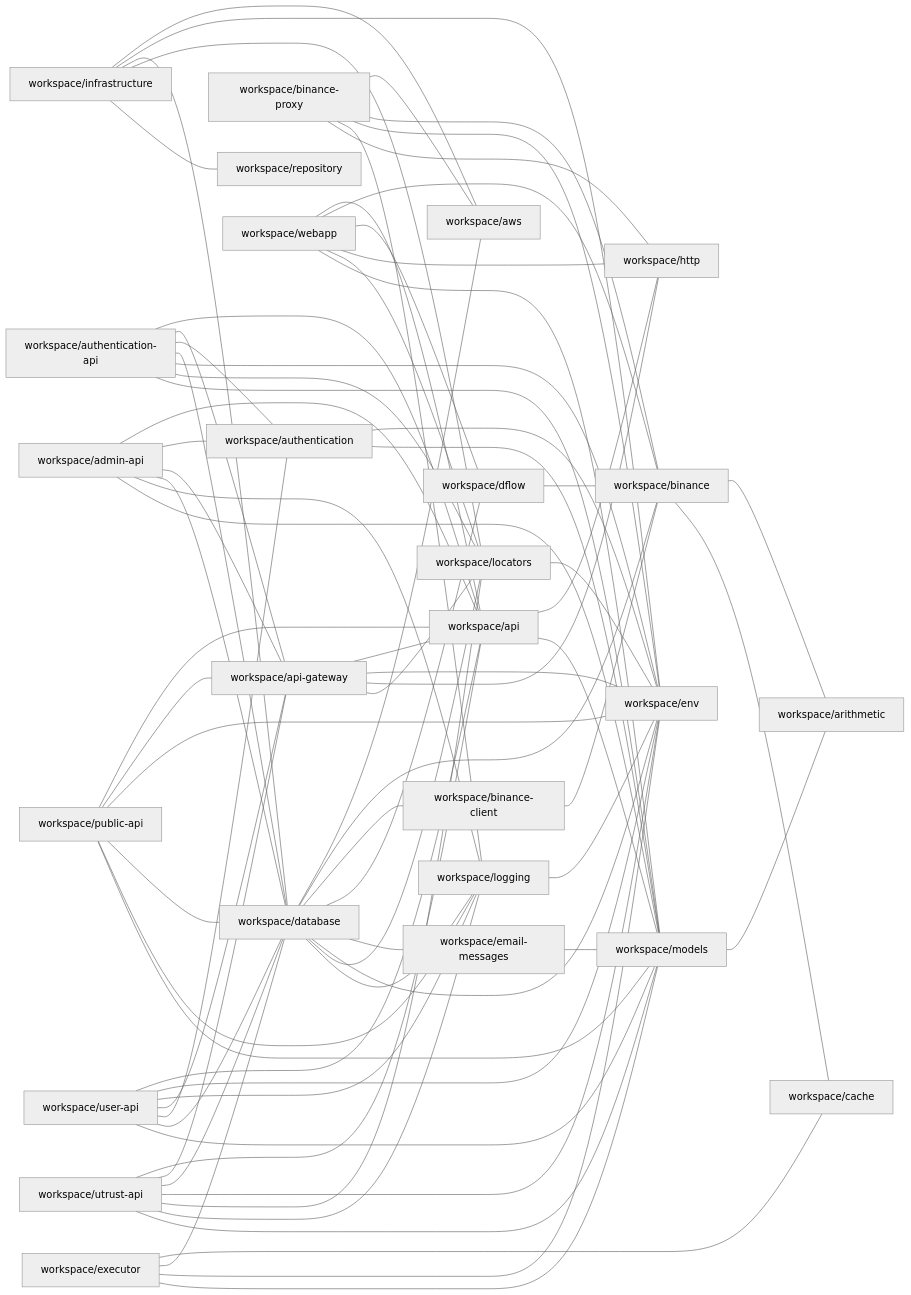
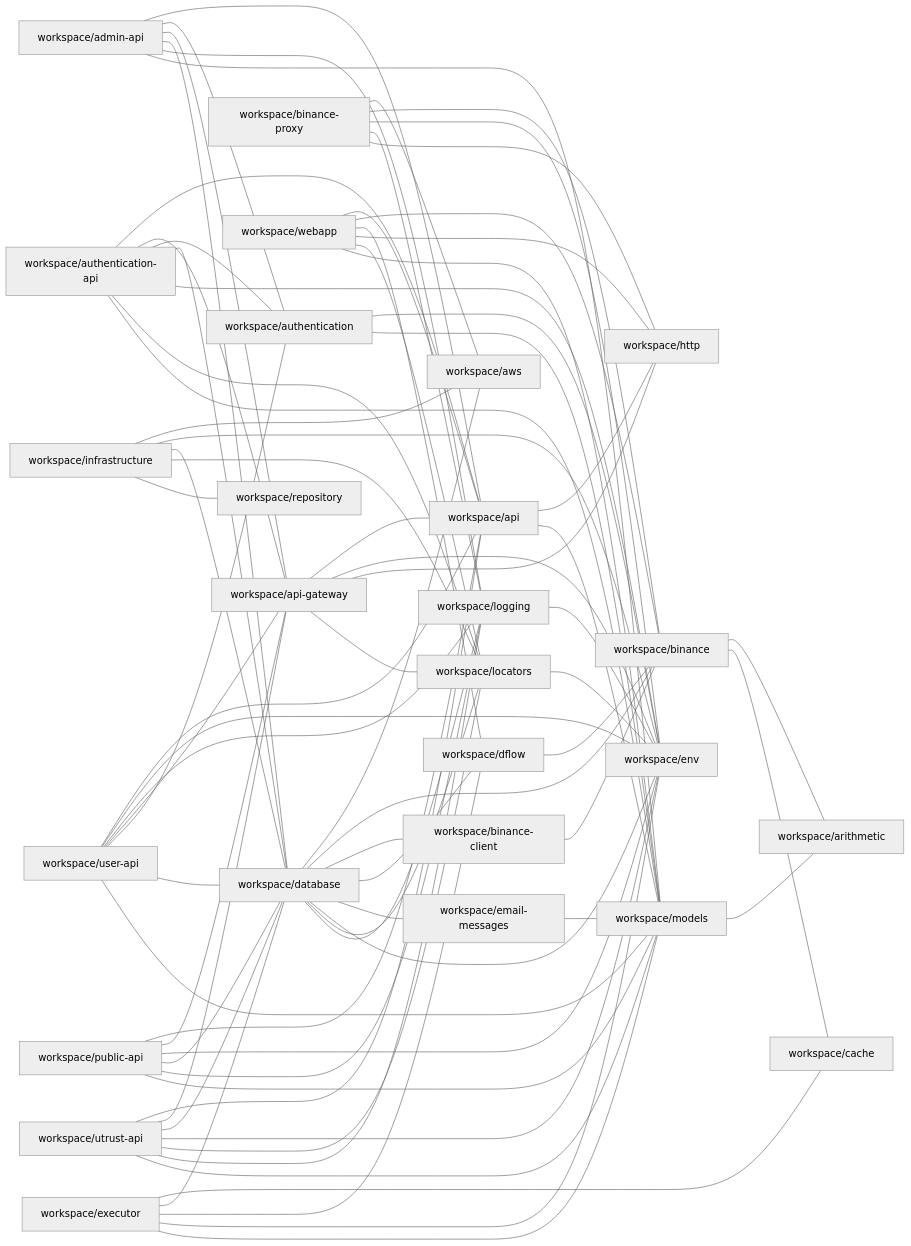
The diagram in docs/npm-dependencies.md (ggbot-org/ggbot), drawn with Mermaid (neutral theme) before and after one commit. The commit also changed 8 other files, not shown here.

````diff
--- a/docs/npm-dependencies.md
+++ b/docs/npm-dependencies.md
@@ -5,80 +5,81 @@
 ```mermaid
 graph LR
     workspace/admin-api --- workspace/api
     workspace/admin-api --- workspace/authentication
     workspace/admin-api --- workspace/api-gateway
     workspace/admin-api --- workspace/database
     workspace/admin-api --- workspace/logging
     workspace/admin-api --- workspace/models
     workspace/api --- workspace/http
     workspace/api --- workspace/models
     workspace/api-gateway --- workspace/api
     workspace/api-gateway --- workspace/env
     workspace/api-gateway --- workspace/http
     workspace/api-gateway --- workspace/locators
     workspace/authentication --- workspace/env
     workspace/authentication --- workspace/models
     workspace/authentication-api --- workspace/api
     workspace/authentication-api --- workspace/api-gateway
     workspace/authentication-api --- workspace/authentication
     workspace/authentication-api --- workspace/database
     workspace/authentication-api --- workspace/env
     workspace/authentication-api --- workspace/locators
     workspace/authentication-api --- workspace/models
     workspace/binance --- workspace/arithmetic
     workspace/binance --- workspace/cache
     workspace/binance-client --- workspace/binance
     workspace/binance-proxy --- workspace/aws
     workspace/binance-proxy --- workspace/binance
     workspace/binance-proxy --- workspace/env
     workspace/binance-proxy --- workspace/logging
     workspace/binance-proxy --- workspace/http
     workspace/database --- workspace/aws
     workspace/database --- workspace/binance
     workspace/database --- workspace/binance-client
     workspace/database --- workspace/dflow
     workspace/database --- workspace/email-messages
     workspace/database --- workspace/env
     workspace/database --- workspace/locators
     workspace/database --- workspace/logging
     workspace/dflow --- workspace/binance
     workspace/email-messages --- workspace/models
     workspace/executor --- workspace/cache
     workspace/executor --- workspace/database
+    workspace/executor --- workspace/dflow
     workspace/executor --- workspace/env
     workspace/executor --- workspace/models
     workspace/infrastructure --- workspace/aws
     workspace/infrastructure --- workspace/env
     workspace/infrastructure --- workspace/database
     workspace/infrastructure --- workspace/locators
     workspace/infrastructure --- workspace/repository
     workspace/locators --- workspace/env
     workspace/logging --- workspace/env
     workspace/models --- workspace/arithmetic
     workspace/public-api --- workspace/api
     workspace/public-api --- workspace/api-gateway
     workspace/public-api --- workspace/env
     workspace/public-api --- workspace/database
     workspace/public-api --- workspace/logging
     workspace/public-api --- workspace/models
     workspace/user-api --- workspace/api
     workspace/user-api --- workspace/env
     workspace/user-api --- workspace/logging
     workspace/user-api --- workspace/api-gateway
     workspace/user-api --- workspace/authentication
     workspace/user-api --- workspace/database
     workspace/user-api --- workspace/models
     workspace/utrust-api --- workspace/api
     workspace/utrust-api --- workspace/api-gateway
     workspace/utrust-api --- workspace/database
     workspace/utrust-api --- workspace/env
     workspace/utrust-api --- workspace/locators
     workspace/utrust-api --- workspace/logging
     workspace/utrust-api --- workspace/models
     workspace/webapp --- workspace/api
     workspace/webapp --- workspace/binance
     workspace/webapp --- workspace/dflow
     workspace/webapp --- workspace/http
     workspace/webapp --- workspace/locators
     workspace/webapp --- workspace/models
 ```
````
